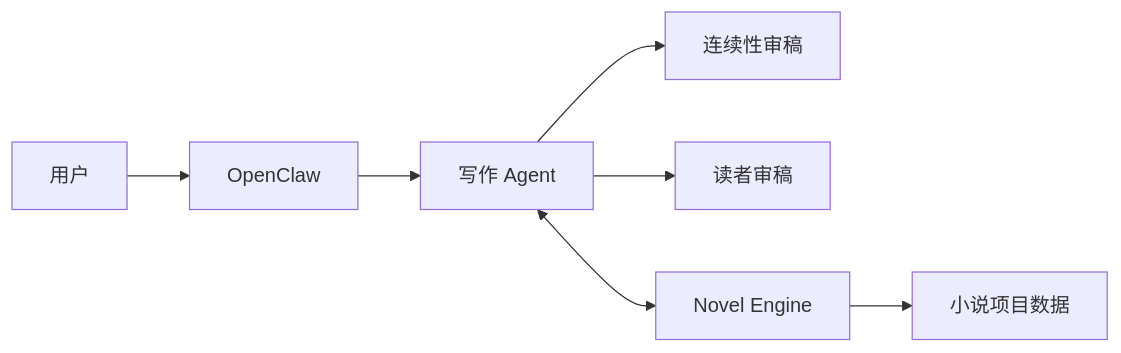
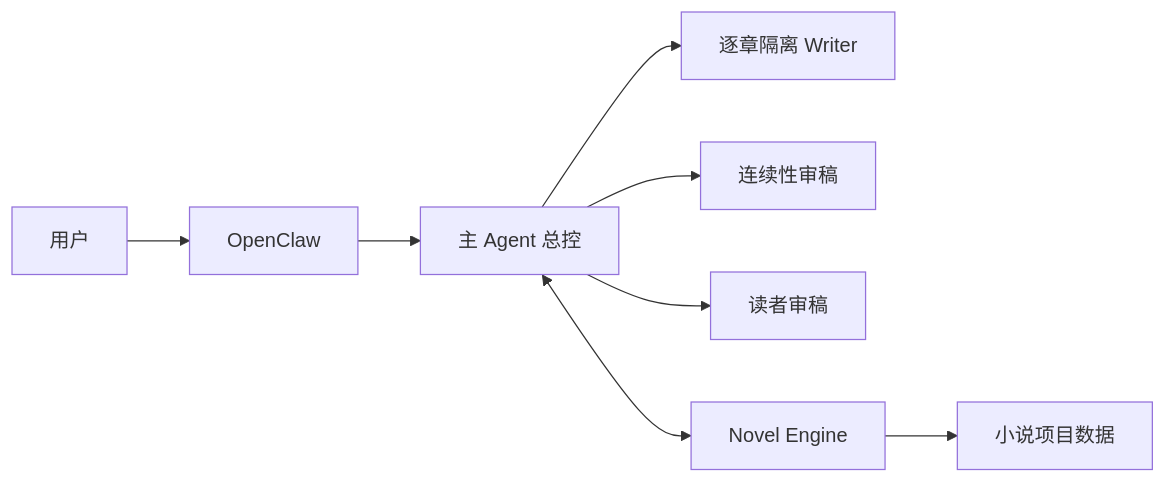
One commit to slobys/openclaw-novel-author-suite changed the first of 2 diagrams in README.md. Above: the diagram before and after it, drawn with Mermaid. The commit also changed other lines of this file and 32 other files, not shown here.

````diff
--- a/README.md
+++ b/README.md
@@ -68,9 +68,10 @@
 ```mermaid
 flowchart LR
     U[用户] --> O[OpenClaw]
-    O --> A[写作 Agent]
+    O --> A[主 Agent 总控]
+    A --> W[逐章隔离 Writer]
     A --> C[连续性审稿]
     A --> R[读者审稿]
     A <--> E[Novel Engine]
     E --> D[小说项目数据]
 ```
````
